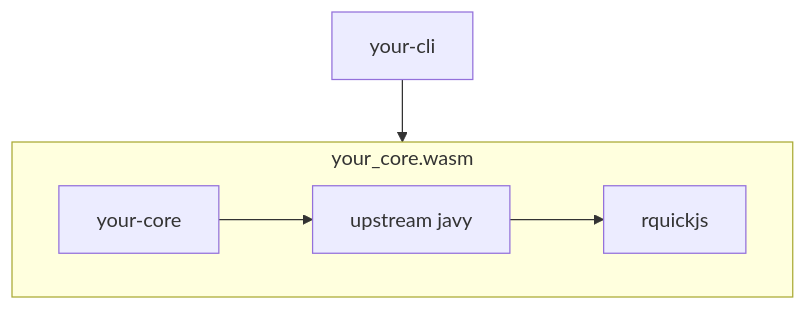
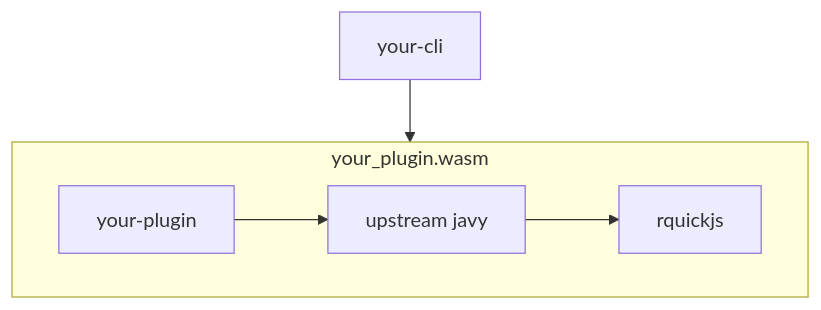
The diagram in docs/docs-using-extending.md (bytecodealliance/javy), drawn with Mermaid before and after one commit. The commit also changed other lines of this file and 17 other files, not shown here.

Commit message:
Rename javy-core to javy-plugin

````diff
--- a/docs/docs-using-extending.md
+++ b/docs/docs-using-extending.md
@@ -21,8 +21,8 @@
 ```mermaid
 flowchart TD
   your-cli --> wasm
-  subgraph wasm[your_core.wasm]
-  your-core --> javy[upstream javy]
+  subgraph wasm[your_plugin.wasm]
+  your-plugin --> javy[upstream javy]
   javy --> rquickjs
   end
 ```
````
